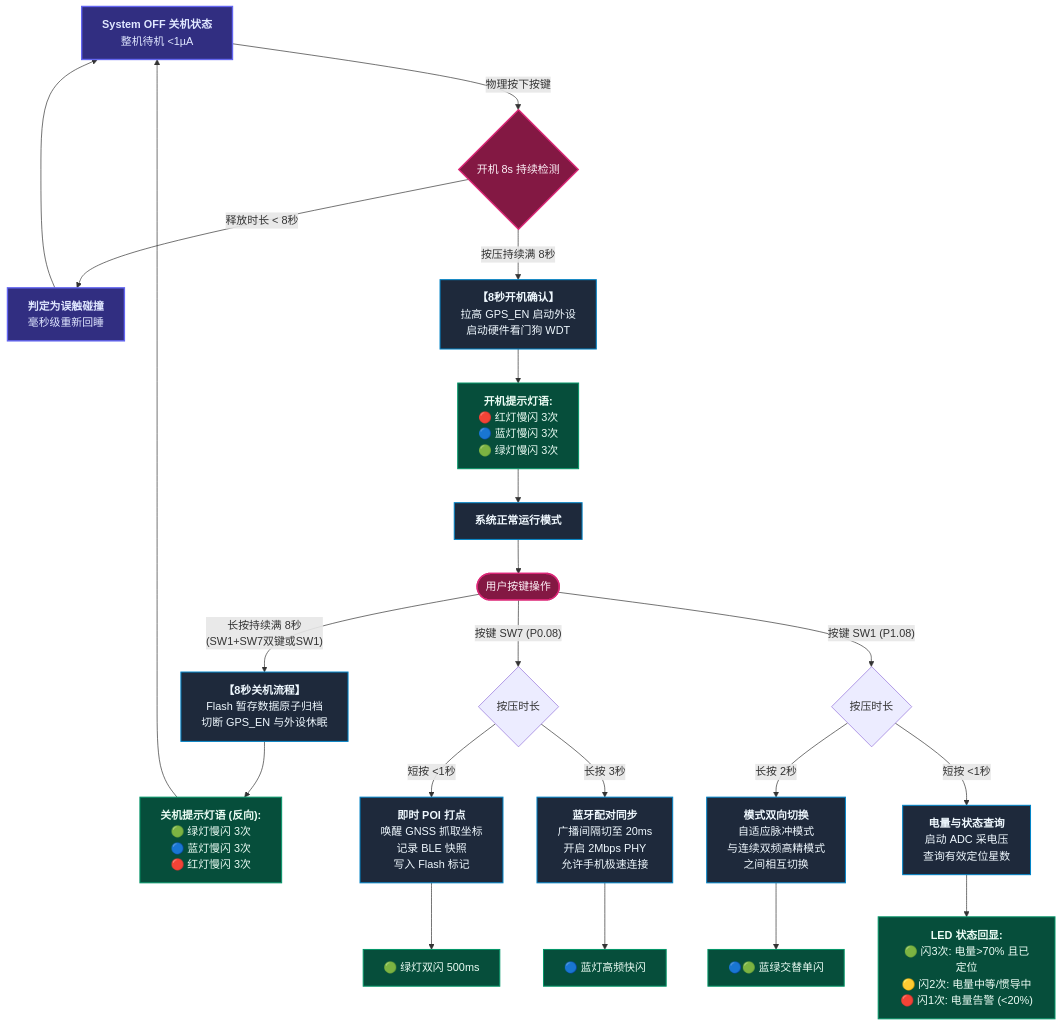
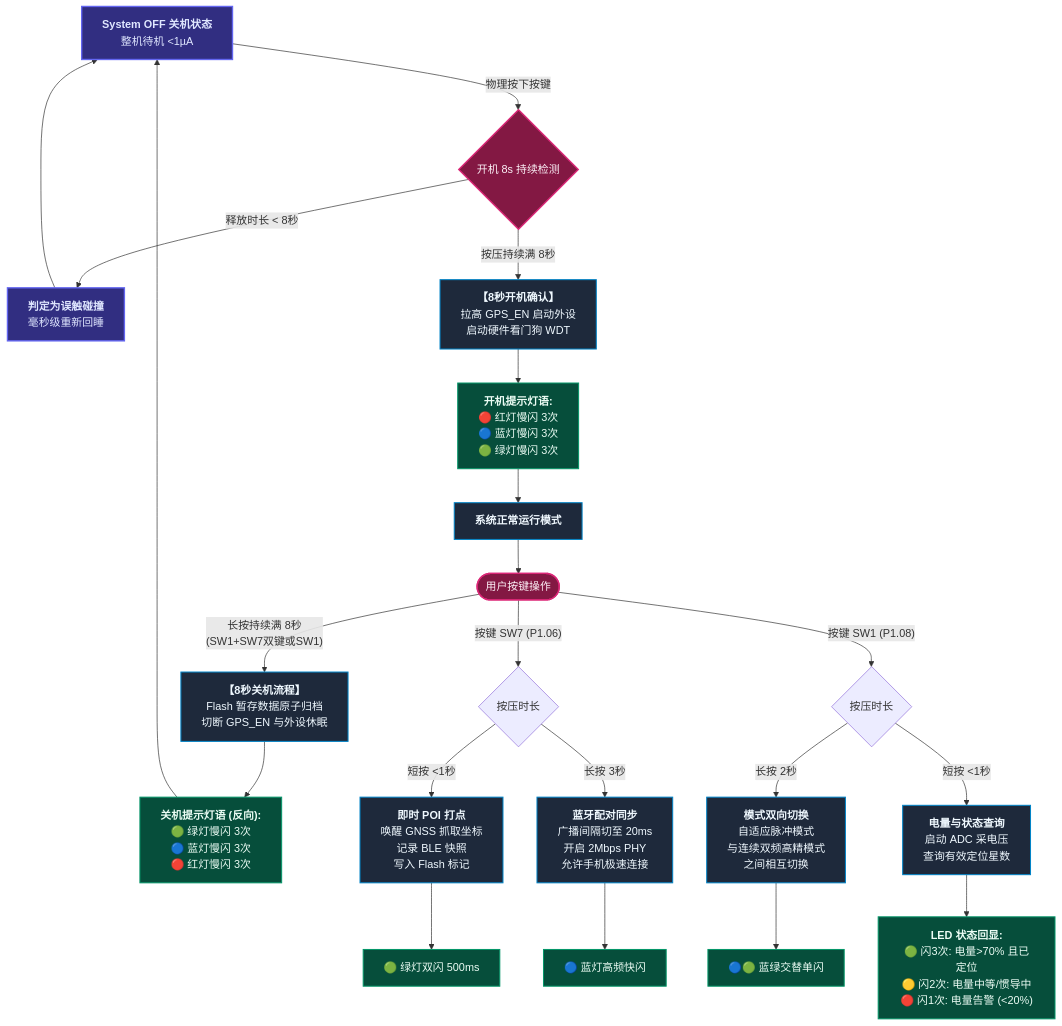
One commit to suntyrael/Life_GPS changed the second of 6 diagrams in README.md. Above: the diagram before and after it, drawn with Mermaid. The commit also changed other lines of this file and 36 other files, not shown here.

First line of the commit message:
docs(hw): 硬件基线切换到 nRF54L15-QFAA (Main_V0.2)，文档全面同步 + 归档 V0.2 原理图/网表与器件规格书

````diff
--- a/README.md
+++ b/README.md
@@ -423,34 +399,34 @@
 ```mermaid
 flowchart TD
     classDef key fill:#831843,stroke:#db2777,stroke-width:2px,color:#fdf2f8;
     classDef act fill:#1e293b,stroke:#0284c7,stroke-width:1.5px,color:#f0f9ff;
     classDef led fill:#064e3b,stroke:#059669,stroke-width:1.5px,color:#ecfdf5;
     classDef off fill:#312e81,stroke:#6366f1,stroke-width:2px,color:#e0e7ff;
 
     SYS_OFF["<b>System OFF 关机状态</b><br/>整机待机 &lt;1µA"]:::off -->|"物理按下按键"| WAKE_CHK{"开机 8s 持续检测"}:::key
 
     WAKE_CHK -->|"释放时长 &lt; 8秒"| RE_OFF["<b>判定为误触碰撞</b><br/>毫秒级重新回睡"]:::off --> SYS_OFF
     WAKE_CHK -->|"按压持续满 8秒"| PWR_ON["<b>【8秒开机确认】</b><br/>拉高 GPS_EN 启动外设<br/>启动硬件看门狗 WDT"]:::act
     PWR_ON --> ON_LED["<b>开机提示灯语:</b><br/>🔴 红灯慢闪 3次<br/>🔵 蓝灯慢闪 3次<br/>🟢 绿灯慢闪 3次"]:::led
     ON_LED --> SYS_ON["<b>系统正常运行模式</b>"]:::act
 
     SYS_ON --> USER_OP(["用户按键操作"]):::key
 
     USER_OP -->|"长按持续满 8秒<br/>(SW1+SW7双键或SW1)"| PWR_OFF["<b>【8秒关机流程】</b><br/>Flash 暂存数据原子归档<br/>切断 GPS_EN 与外设休眠"]:::act
     PWR_OFF --> OFF_LED["<b>关机提示灯语 (反向):</b><br/>🟢 绿灯慢闪 3次<br/>🔵 蓝灯慢闪 3次<br/>🔴 红灯慢闪 3次"]:::led
     OFF_LED --> SYS_OFF
 
-    USER_OP -->|"按键 SW7 (P0.08)"| K1{"按压时长"}
+    USER_OP -->|"按键 SW7 (P1.06)"| K1{"按压时长"}
     K1 -->|"短按 &lt;1秒"| POI["<b>即时 POI 打点</b><br/>唤醒 GNSS 抓取坐标<br/>记录 BLE 快照<br/>写入 Flash 标记"]:::act
     POI --> POI_LED["🟢 绿灯双闪 500ms"]:::led
 
     K1 -->|"长按 3秒"| PAIR["<b>蓝牙配对同步</b><br/>广播间隔切至 20ms<br/>开启 2Mbps PHY<br/>允许手机极速连接"]:::act
     PAIR --> PAIR_LED["🔵 蓝灯高频快闪"]:::led
 
     USER_OP -->|"按键 SW1 (P1.08)"| K2{"按压时长"}
     K2 -->|"长按 2秒"| TOGGLE["<b>模式双向切换</b><br/>自适应脉冲模式<br/>与连续双频高精模式<br/>之间相互切换"]:::act
     TOGGLE --> TOG_LED["🔵🟢 蓝绿交替单闪"]:::led
 
     K2 -->|"短按 &lt;1秒"| QUERY["<b>电量与状态查询</b><br/>启动 ADC 采电压<br/>查询有效定位星数"]:::act
     QUERY --> Q_LED["<b>LED 状态回显:</b><br/>🟢 闪3次: 电量&gt;70% 且已定位<br/>🟡 闪2次: 电量中等/惯导中<br/>🔴 闪1次: 电量告警 (&lt;20%)"]:::led
 ```
````
